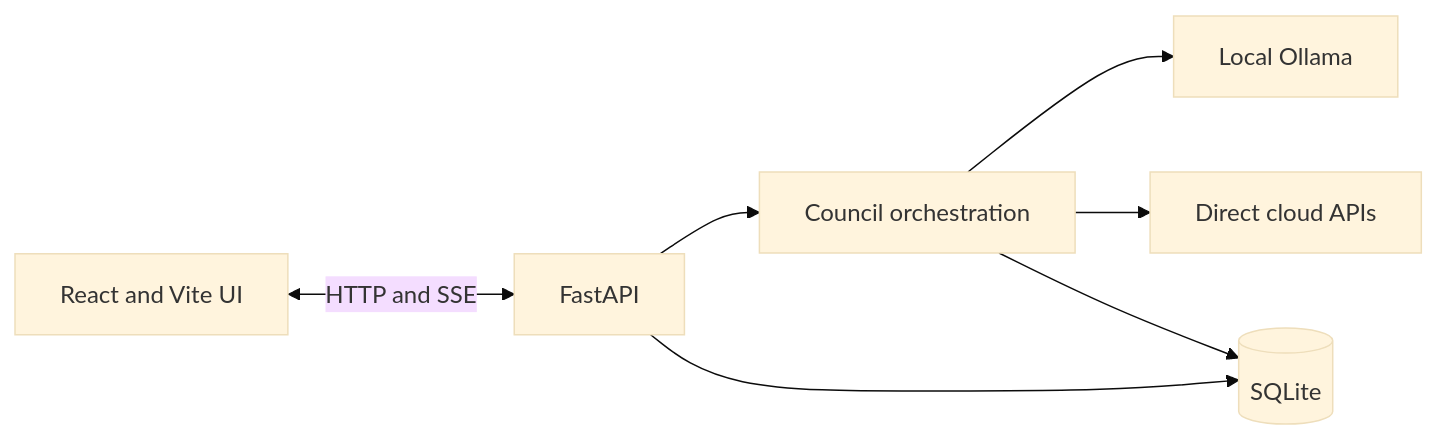
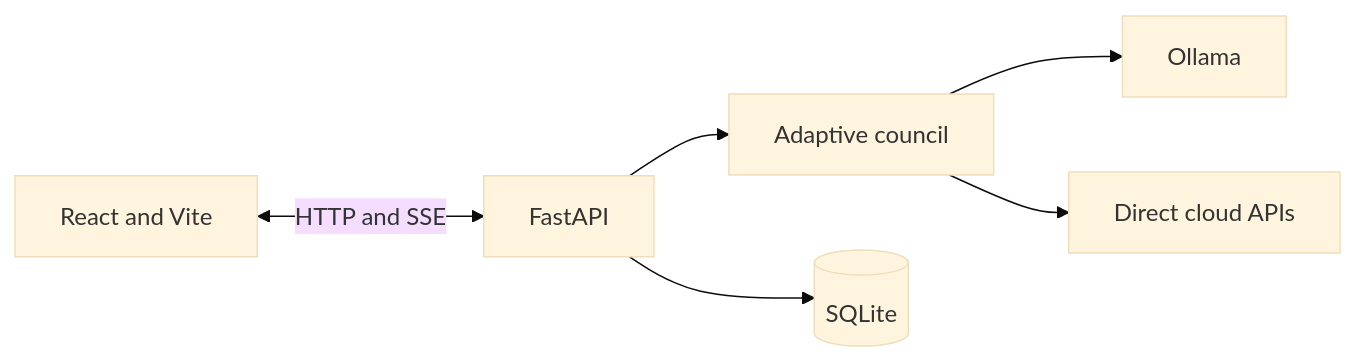
Before and after one commit to mltakeover/LLM_council: the second of 2 diagrams in README.md, drawn with Mermaid (base theme). The commit also changed other lines of this file and 32 other files, not shown here.

Commit message:
Add adaptive general-purpose council modes (#4)

````diff
--- a/README.md
+++ b/README.md
@@ -66,9 +107,8 @@
 ```mermaid
 flowchart LR
-    UI[React and Vite UI] <-->|HTTP and SSE| API[FastAPI]
-    API --> COUNCIL[Council orchestration]
-    API --> STORE[(SQLite)]
-    COUNCIL --> OLLAMA[Local Ollama]
-    COUNCIL --> CLOUD[Direct cloud APIs]
-    COUNCIL --> STORE
+    UI[React and Vite] <-->|HTTP and SSE| API[FastAPI]
+    API --> C[Adaptive council]
+    API --> DB[(SQLite)]
+    C --> O[Ollama]
+    C --> P[Direct cloud APIs]
 ```
````
